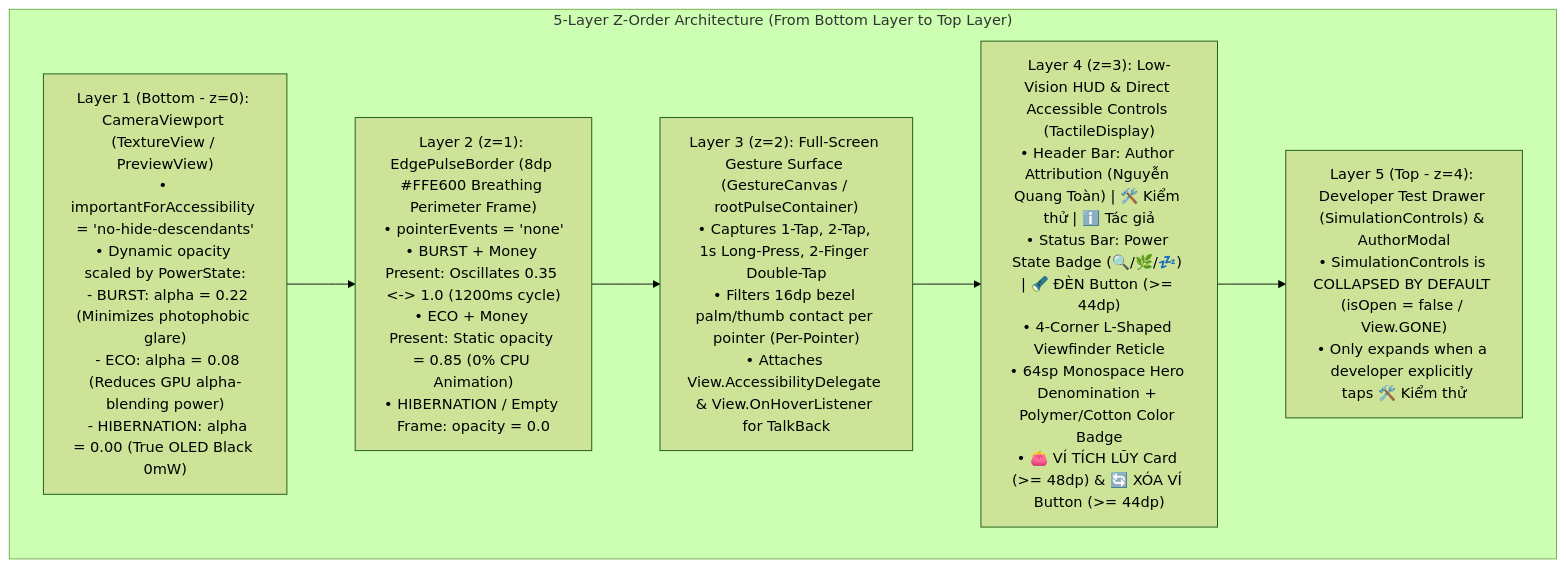
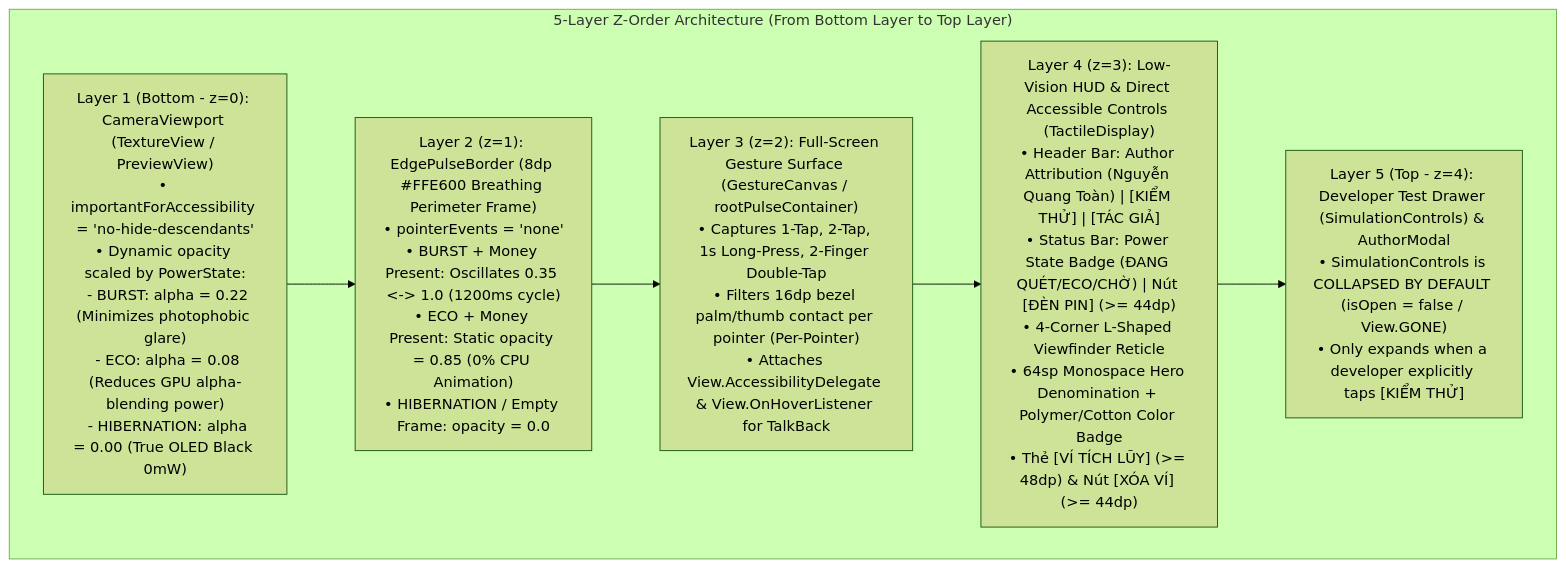
Before and after one commit to hezioquan12/vietnamese-money-vision: the first of 7 diagrams in docs/BLIND_FIRST_UI_UX_SPECIFICATION.en.md, drawn with Mermaid (forest theme). The commit also changed other lines of this file and 4 other files, not shown here.

Commit message:
docs: standardize technical specifications, remove sprint tickets and de-slop diagrams

````diff
--- a/docs/BLIND_FIRST_UI_UX_SPECIFICATION.en.md
+++ b/docs/BLIND_FIRST_UI_UX_SPECIFICATION.en.md
@@ -25,12 +25,12 @@
 ```mermaid
 flowchart TD
     subgraph ZLayers["5-Layer Z-Order Architecture (From Bottom Layer to Top Layer)"]
         L1["Layer 1 (Bottom - z=0): CameraViewport (TextureView / PreviewView)\n• importantForAccessibility = 'no-hide-descendants'\n• Dynamic opacity scaled by PowerState:\n  - BURST: alpha = 0.22 (Minimizes photophobic glare)\n  - ECO: alpha = 0.08 (Reduces GPU alpha-blending power)\n  - HIBERNATION: alpha = 0.00 (True OLED Black 0mW)"]
         L2["Layer 2 (z=1): EdgePulseBorder (8dp #FFE600 Breathing Perimeter Frame)\n• pointerEvents = 'none'\n• BURST + Money Present: Oscillates 0.35 <-> 1.0 (1200ms cycle)\n• ECO + Money Present: Static opacity = 0.85 (0% CPU Animation)\n• HIBERNATION / Empty Frame: opacity = 0.0"]
         L3["Layer 3 (z=2): Full-Screen Gesture Surface (GestureCanvas / rootPulseContainer)\n• Captures 1-Tap, 2-Tap, 1s Long-Press, 2-Finger Double-Tap\n• Filters 16dp bezel palm/thumb contact per pointer (Per-Pointer)\n• Attaches View.AccessibilityDelegate & View.OnHoverListener for TalkBack"]
-        L4["Layer 4 (z=3): Low-Vision HUD & Direct Accessible Controls (TactileDisplay)\n• Header Bar: Author Attribution (Nguyễn Quang Toàn) | 🛠️ Kiểm thử | ℹ️ Tác giả\n• Status Bar: Power State Badge (🔍/🌿/💤) | 🔦 ĐÈN Button (>= 44dp)\n• 4-Corner L-Shaped Viewfinder Reticle\n• 64sp Monospace Hero Denomination + Polymer/Cotton Color Badge\n• 👛 VÍ TÍCH LŨY Card (>= 48dp) & 🔄 XÓA VÍ Button (>= 44dp)"]
-        L5["Layer 5 (Top - z=4): Developer Test Drawer (SimulationControls) & AuthorModal\n• SimulationControls is COLLAPSED BY DEFAULT (isOpen = false / View.GONE)\n• Only expands when a developer explicitly taps 🛠️ Kiểm thử"]
+        L4["Layer 4 (z=3): Low-Vision HUD & Direct Accessible Controls (TactileDisplay)\n• Header Bar: Author Attribution (Nguyễn Quang Toàn) | [KIỂM THỬ] | [TÁC GIẢ]\n• Status Bar: Power State Badge (ĐANG QUÉT/ECO/CHỜ) | Nút [ĐÈN PIN] (>= 44dp)\n• 4-Corner L-Shaped Viewfinder Reticle\n• 64sp Monospace Hero Denomination + Polymer/Cotton Color Badge\n• Thẻ [VÍ TÍCH LŨY] (>= 48dp) & Nút [XÓA VÍ] (>= 44dp)"]
+        L5["Layer 5 (Top - z=4): Developer Test Drawer (SimulationControls) & AuthorModal\n• SimulationControls is COLLAPSED BY DEFAULT (isOpen = false / View.GONE)\n• Only expands when a developer explicitly taps [KIỂM THỬ]"]
     end
 
     L1 --> L2 --> L3 --> L4 --> L5
 ```
````
